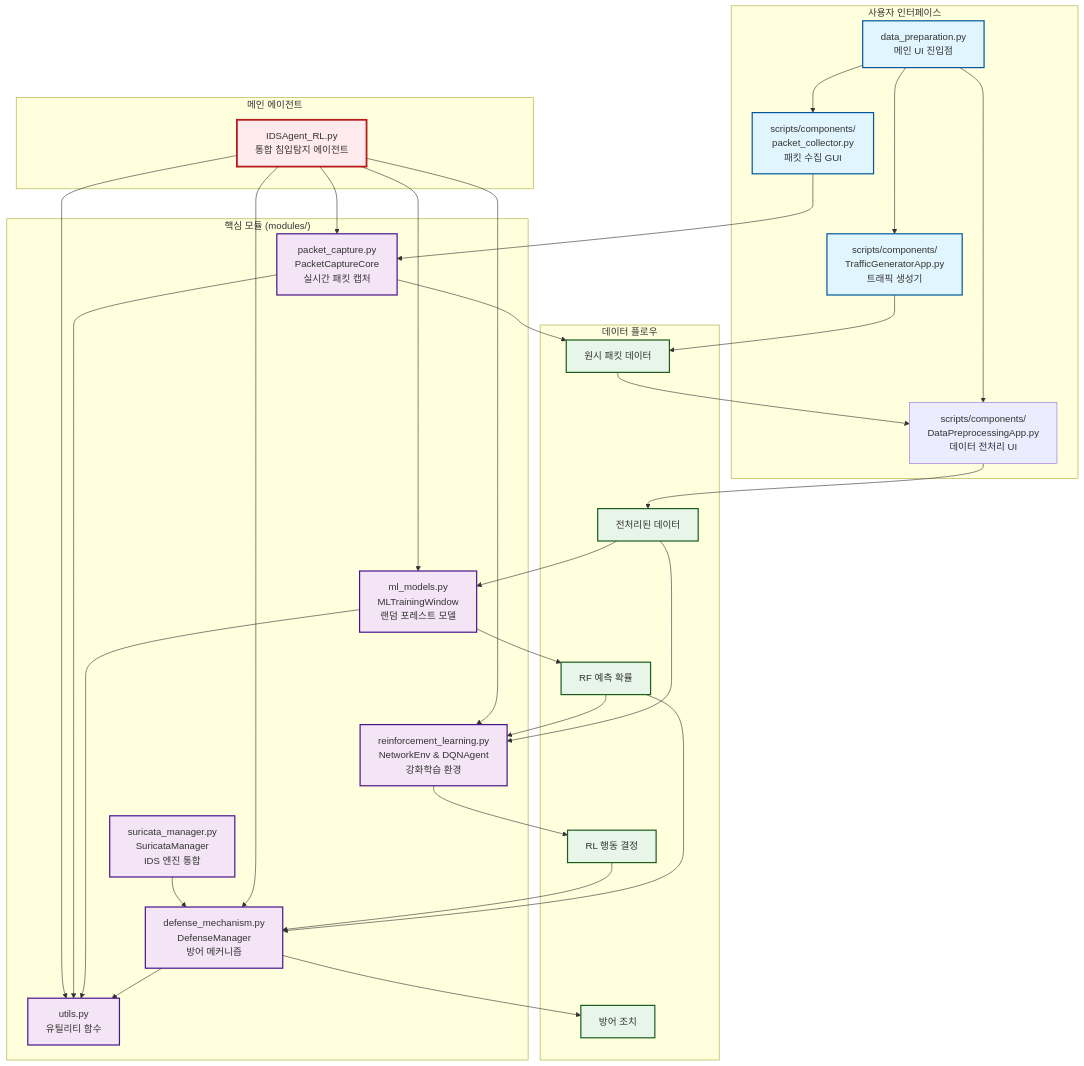
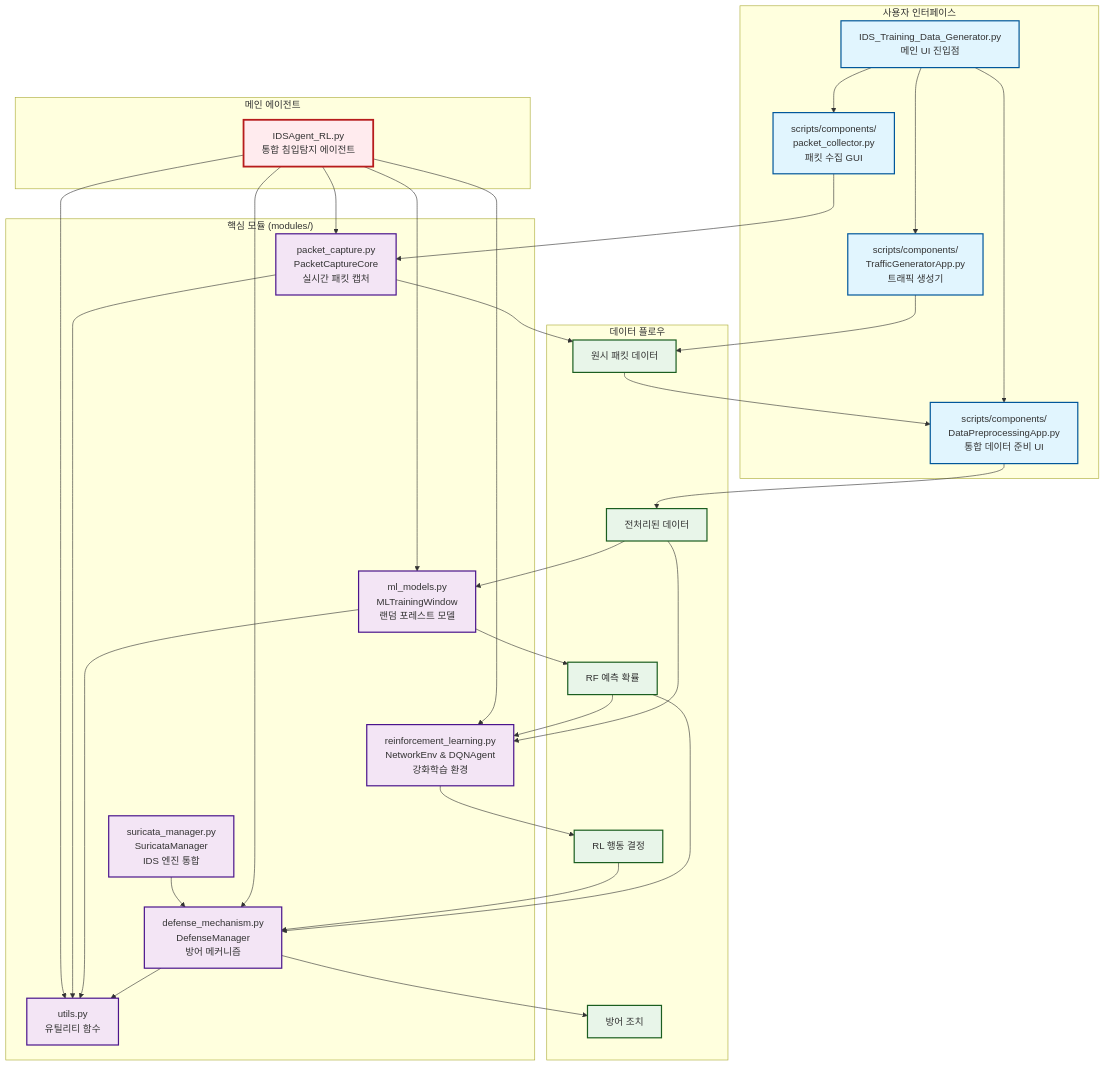
Before and after one commit to Es5724/Intrusion_DetectionSystem: the third of 5 diagrams in README.md, drawn with Mermaid. The commit also changed other lines of this file and 6 other files, not shown here.

````diff
--- a/README.md
+++ b/README.md
@@ -371,81 +371,81 @@
 ```mermaid
 flowchart TB
     subgraph UI["사용자 인터페이스"]
-        main_ui["data_preparation.py<br/>메인 UI 진입점"]
+        main_ui["IDS_Training_Data_Generator.py<br/>메인 UI 진입점"]
         packet_collector["scripts/components/<br/>packet_collector.py<br/>패킷 수집 GUI"]
         traffic_gen["scripts/components/<br/>TrafficGeneratorApp.py<br/>트래픽 생성기"]
-        preprocess["scripts/components/<br/>DataPreprocessingApp.py<br/>데이터 전처리 UI"]
+        data_prep["scripts/components/<br/>DataPreprocessingApp.py<br/>통합 데이터 준비 UI"]
     end
 
     subgraph Core["핵심 모듈 (modules/)"]
         packet_capture["packet_capture.py<br/>PacketCaptureCore<br/>실시간 패킷 캡처"]
         ml_models["ml_models.py<br/>MLTrainingWindow<br/>랜덤 포레스트 모델"]
         rl_module["reinforcement_learning.py<br/>NetworkEnv & DQNAgent<br/>강화학습 환경"]
         defense["defense_mechanism.py<br/>DefenseManager<br/>방어 메커니즘"]
         suricata["suricata_manager.py<br/>SuricataManager<br/>IDS 엔진 통합"]
         utils["utils.py<br/>유틸리티 함수"]
     end
 
     subgraph Agent["메인 에이전트"]
         ids_agent["IDSAgent_RL.py<br/>통합 침입탐지 에이전트"]
     end
 
     subgraph DataFlow["데이터 플로우"]
         raw_packets["원시 패킷 데이터"]
         processed_data["전처리된 데이터"]
         rf_predictions["RF 예측 확률"]
         rl_actions["RL 행동 결정"]
         defense_actions["방어 조치"]
     end
 
     %% UI 연결
     main_ui --> packet_collector
     main_ui --> traffic_gen
-    main_ui --> preprocess
+    main_ui --> data_prep
 
     %% 데이터 수집 플로우
     packet_collector --> packet_capture
     traffic_gen --> raw_packets
     packet_capture --> raw_packets
 
     %% 데이터 처리 플로우
-    raw_packets --> preprocess
-    preprocess --> processed_data
+    raw_packets --> data_prep
+    data_prep --> processed_data
 
     %% ML 플로우
     processed_data --> ml_models
     ml_models --> rf_predictions
 
     %% RL 플로우
     rf_predictions --> rl_module
     processed_data --> rl_module
     rl_module --> rl_actions
 
     %% 방어 메커니즘 플로우
     rl_actions --> defense
     rf_predictions --> defense
     suricata --> defense
     defense --> defense_actions
 
     %% 메인 에이전트 통합
     ids_agent --> packet_capture
     ids_agent --> ml_models
     ids_agent --> rl_module
     ids_agent --> defense
     ids_agent --> utils
 
     %% 유틸리티 사용
     packet_capture --> utils
     ml_models --> utils
     defense --> utils
 
     classDef uiClass fill:#e1f5fe,stroke:#01579b,stroke-width:2px;
     classDef coreClass fill:#f3e5f5,stroke:#4a148c,stroke-width:2px;
     classDef agentClass fill:#ffebee,stroke:#b71c1c,stroke-width:3px;
     classDef dataClass fill:#e8f5e9,stroke:#1b5e20,stroke-width:2px,color:#333;
     
-    class main_ui,packet_collector,traffic_gen,preprocess_app uiClass;
+    class main_ui,packet_collector,traffic_gen,data_prep uiClass;
     class packet_capture,ml_models,rl_module,defense,suricata,utils coreClass;
     class ids_agent agentClass;
     class raw_packets,processed_data,rf_predictions,rl_actions,defense_actions dataClass;
 ```
````
